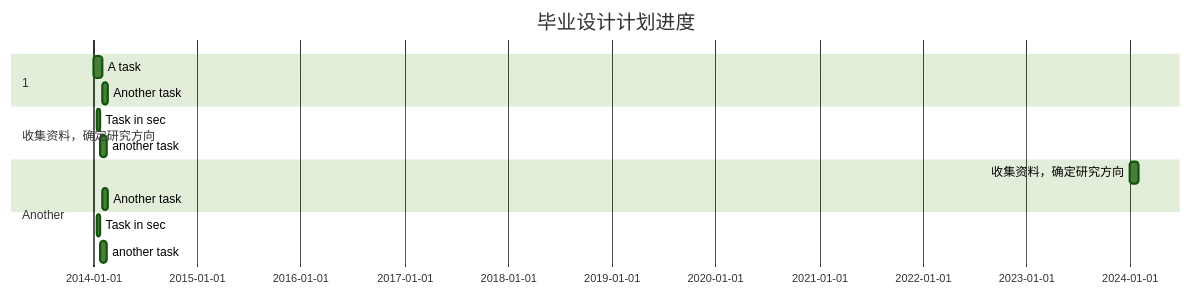
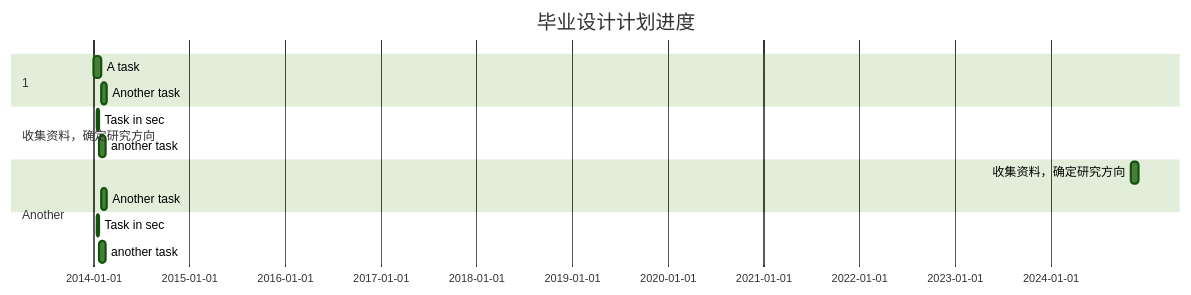
One commit to Kelseyyz/iodraw-files changed the diagram in all/未命名.md. Above: the diagram before and after it, drawn with Mermaid (forest theme).

Commit message:
2024-12-30 11:00:31 update

````diff
--- a/all/未命名.md
+++ b/all/未命名.md
@@ -1,20 +1,20 @@
 ```mermaid
 gantt
     title 毕业设计计划进度
     dateFormat  YYYY-MM-DD
     
     section 收集资料，确定研究方向
     A task           :a1, 2014-01-01, 30d
     Another task     :after a1  , 20d
     section Another
     Task in sec      :2014-01-12  , 12d
     another task      : 24d
 
 
     section 1
-    收集资料，确定研究方向           : 2024-01-01, 30d
+    收集资料，确定研究方向           : 2024-11-01, 30d
     Another task     :after a1  , 20d
     section Another
     Task in sec      :2014-01-12  , 12d
     another task      : 24d
 ```
````
